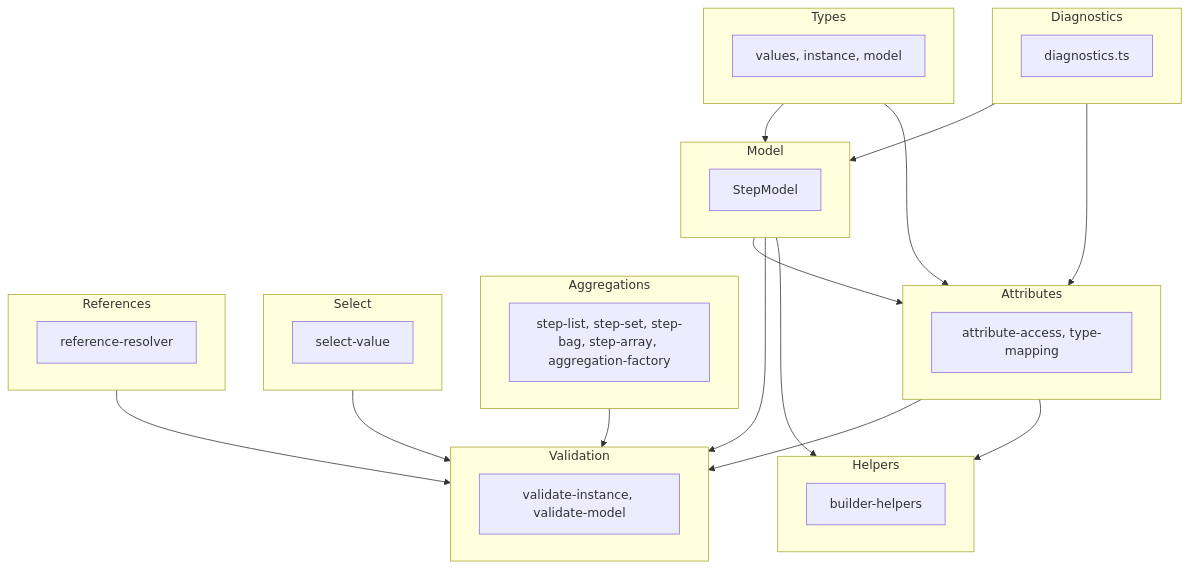
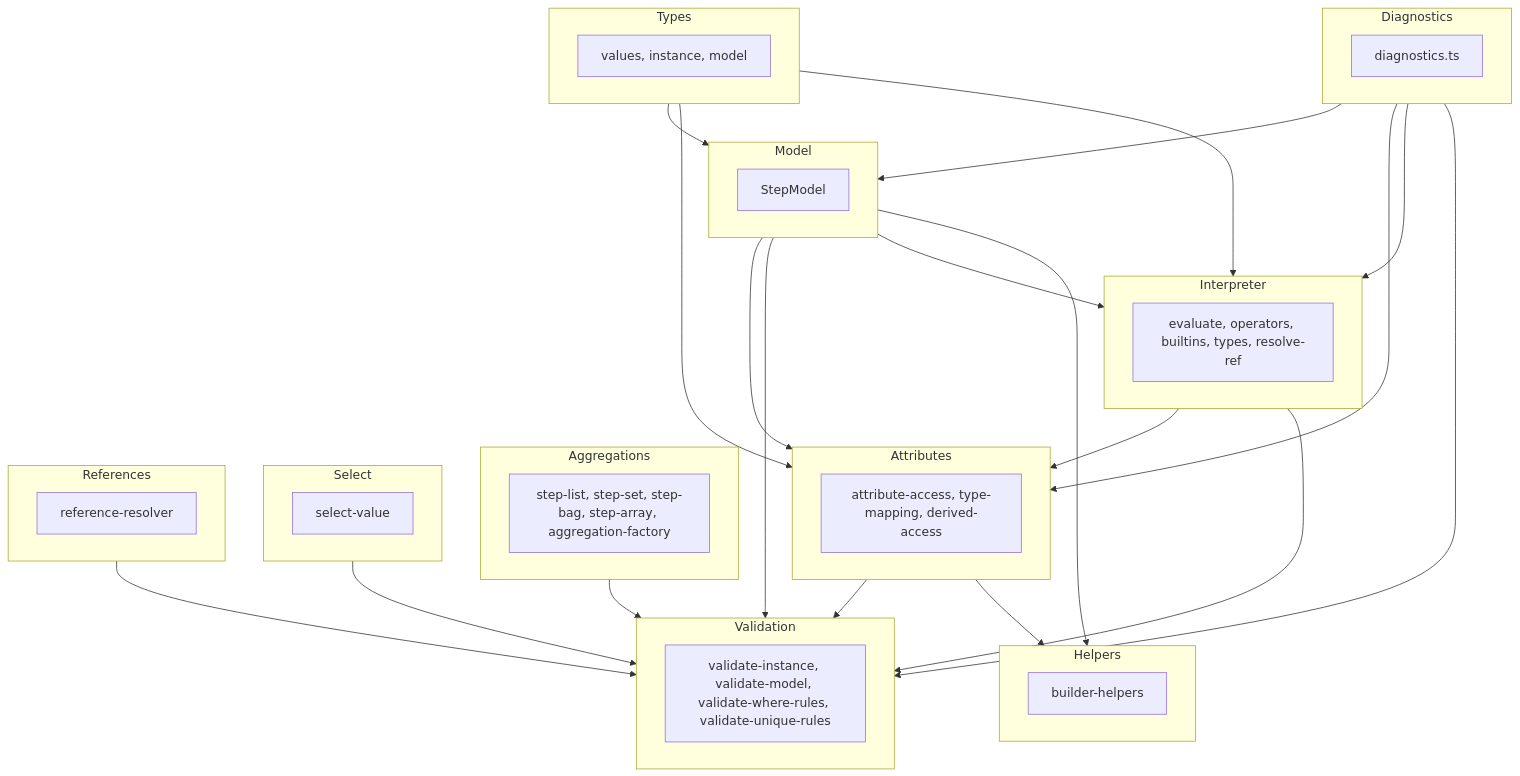
The second of 4 diagrams in packages/step-factory/ARCHITECTURE.md (EfrainRodriguez/step-nc), drawn with Mermaid before and after one commit. The commit also changed other lines of this file and 29 other files, not shown here.

Commit message:
feat(step-factory): add multi-schema, derived attrs & expr eval to StepModel

````diff
--- a/packages/step-factory/ARCHITECTURE.md
+++ b/packages/step-factory/ARCHITECTURE.md
@@ -47,42 +48,51 @@
 ```mermaid
 flowchart TB
   subgraph Types["Types"]
     T[values, instance, model]
   end
   subgraph Diagnostics["Diagnostics"]
     DG[diagnostics.ts]
   end
   subgraph Model["Model"]
     M[StepModel]
   end
+  subgraph Interpreter["Interpreter"]
+    INT[evaluate, operators, builtins, types, resolve-ref]
+  end
   subgraph Attributes["Attributes"]
-    AT[attribute-access, type-mapping]
+    AT[attribute-access, type-mapping, derived-access]
   end
   subgraph Aggregations["Aggregations"]
     AG[step-list, step-set, step-bag, step-array, aggregation-factory]
   end
   subgraph Select["Select"]
     SL[select-value]
   end
   subgraph References["References"]
     RF[reference-resolver]
   end
   subgraph Validation["Validation"]
-    VL[validate-instance, validate-model]
+    VL[validate-instance, validate-model, validate-where-rules, validate-unique-rules]
   end
   subgraph Helpers["Helpers"]
     HL[builder-helpers]
   end
   Types --> Model
   Types --> Attributes
+  Types --> Interpreter
   Diagnostics --> Model
   Diagnostics --> Attributes
+  Diagnostics --> Interpreter
+  Diagnostics --> Validation
   Model --> Attributes
   Model --> Validation
+  Model --> Interpreter
+  Interpreter --> Attributes
+  Interpreter --> Validation
   Attributes --> Validation
   Aggregations --> Validation
   Select --> Validation
   References --> Validation
   Model --> Helpers
   Attributes --> Helpers
 ```
````
